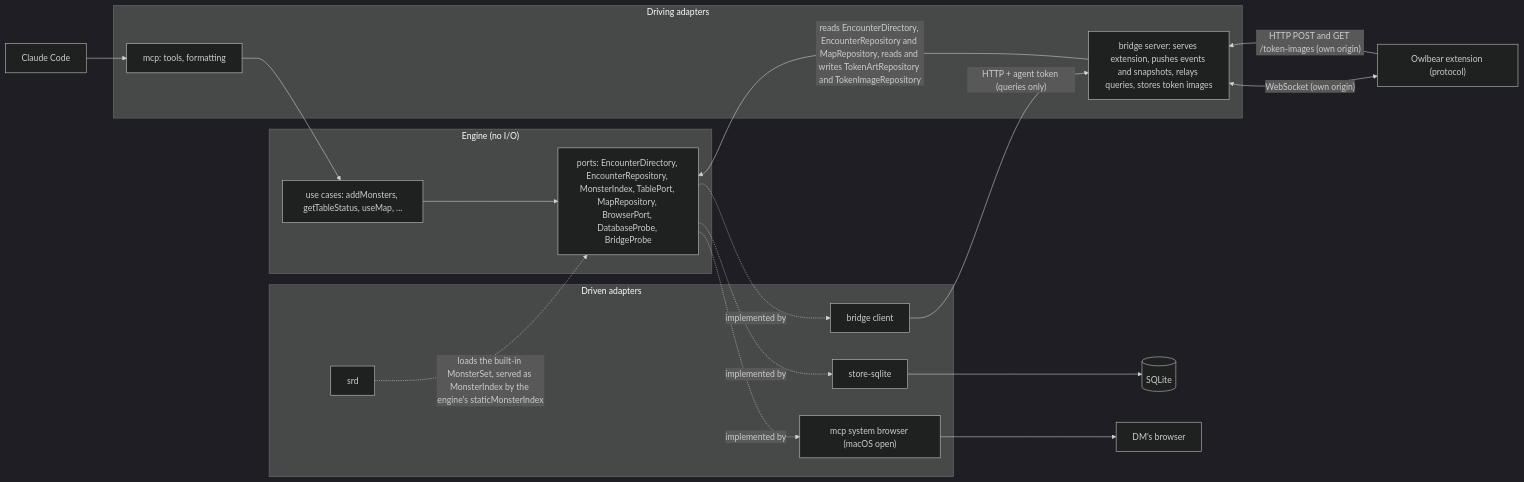
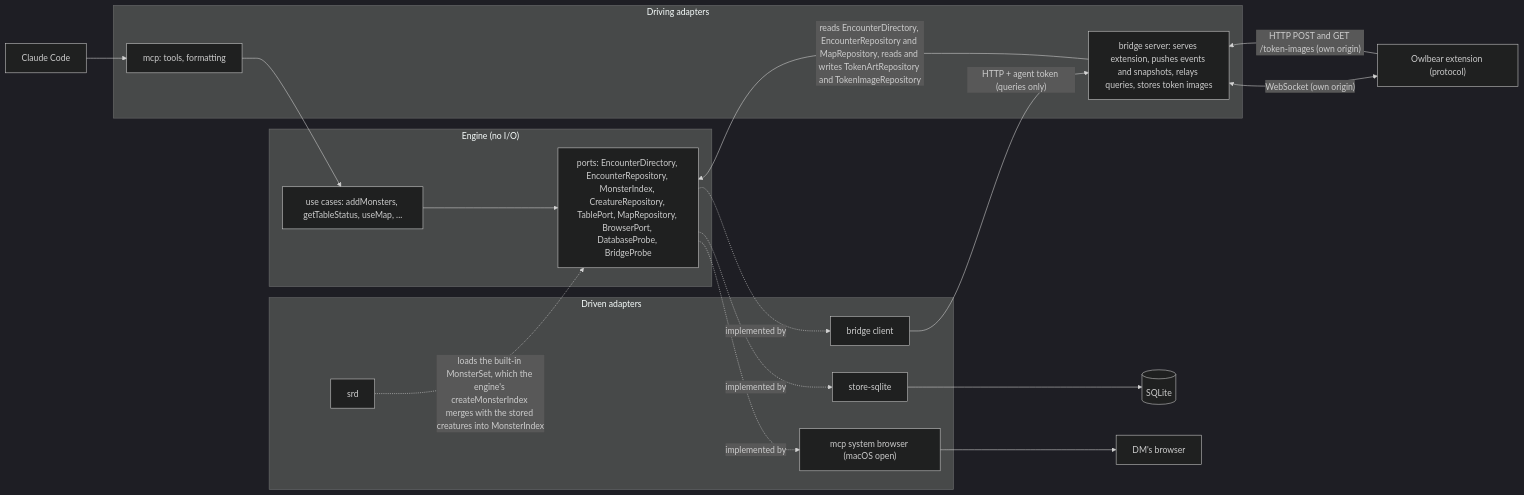
One commit to askrzypczak/ttrpg-agents changed the first of 2 diagrams in docs/architecture.md. Above: the diagram before and after it, drawn with Mermaid (dark theme). The commit also changed other lines of this file and 3 other files, not shown here.

Commit message:
docs: the shared database lists the creatures table, and the READMEs describe the merged monster index (#381)

````diff
--- a/docs/architecture.md
+++ b/docs/architecture.md
@@ -9,30 +9,30 @@
 ```mermaid
 flowchart LR
   claude["Claude Code"] --> mcp
   subgraph driving["Driving adapters"]
     mcp["mcp: tools, formatting"]
     bsrv["bridge server: serves extension, pushes events and snapshots, relays queries, stores token images"]
   end
   subgraph core["Engine (no I/O)"]
     uc["use cases: addMonsters, getTableStatus, useMap, ..."]
-    ports["ports: EncounterDirectory, EncounterRepository, MonsterIndex, TablePort, MapRepository, BrowserPort, DatabaseProbe, BridgeProbe"]
+    ports["ports: EncounterDirectory, EncounterRepository, MonsterIndex, CreatureRepository, TablePort, MapRepository, BrowserPort, DatabaseProbe, BridgeProbe"]
   end
   subgraph driven["Driven adapters"]
     store["store-sqlite"]
     srd["srd"]
     bclient["bridge client"]
     sysbrowser["mcp system browser (macOS open)"]
   end
   mcp --> uc
   bsrv -->|"reads EncounterDirectory, EncounterRepository and MapRepository, reads and writes TokenArtRepository and TokenImageRepository"| ports
   uc --> ports
   ports -.implemented by.-> store
-  srd -.->|"loads the built-in MonsterSet, served as MonsterIndex by the engine's staticMonsterIndex"| ports
+  srd -.->|"loads the built-in MonsterSet, which the engine's createMonsterIndex merges with the stored creatures into MonsterIndex"| ports
   ports -.implemented by.-> bclient
   ports -.implemented by.-> sysbrowser
   store --> db[("SQLite")]
   bclient -->|"HTTP + agent token (queries only)"| bsrv
   sysbrowser --> browser["DM's browser"]
   bsrv <-->|"WebSocket (own origin)"| ext["Owlbear extension (protocol)"]
   ext -->|"HTTP POST and GET /token-images (own origin)"| bsrv
 ```
````
